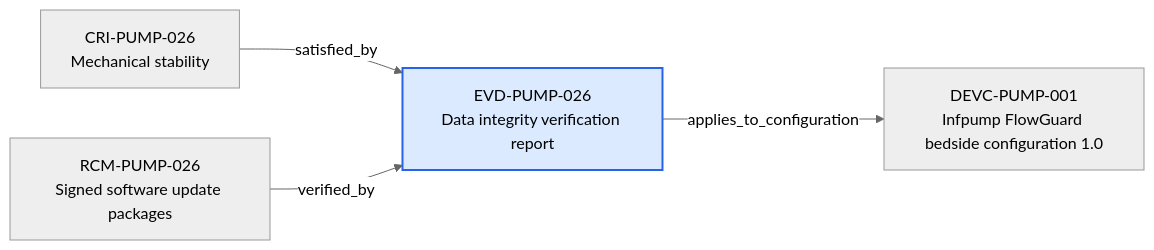
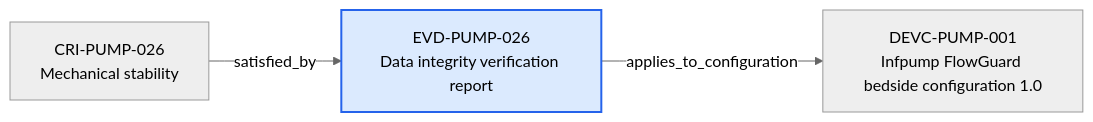
Before and after one commit to mvattulainen/mdrontology: the diagram in content/06-Infpump FlowGuard ontology notes/verification-evidence/EVD-PUMP-026-data-integrity-verification-report.md, drawn with Mermaid (neutral theme). The commit also changed other lines of this file and 321 other files, not shown here.

Commit message:
Implement Mermaid ontology audit findings

````diff
--- a/content/06-Infpump FlowGuard ontology notes/verification-evidence/EVD-PUMP-026-data-integrity-verification-report.md
+++ b/content/06-Infpump FlowGuard ontology notes/verification-evidence/EVD-PUMP-026-data-integrity-verification-report.md
@@ -73,12 +73,10 @@
 ```mermaid
 flowchart LR
   CURRENT["EVD-PUMP-026<br/>Data integrity verification report"]
   PREV0["CRI-PUMP-026<br/>Mechanical stability"]
   PREV0 -->|"satisfied_by"| CURRENT
-  PREV1["RCM-PUMP-026<br/>Signed software update packages"]
-  PREV1 -->|"verified_by"| CURRENT
   NEXT0["DEVC-PUMP-001<br/>Infpump FlowGuard bedside configuration 1.0"]
   CURRENT -->|"applies_to_configuration"| NEXT0
   classDef current fill:#dbeafe,stroke:#2563eb,stroke-width:2px
   class CURRENT current
 ```
````
